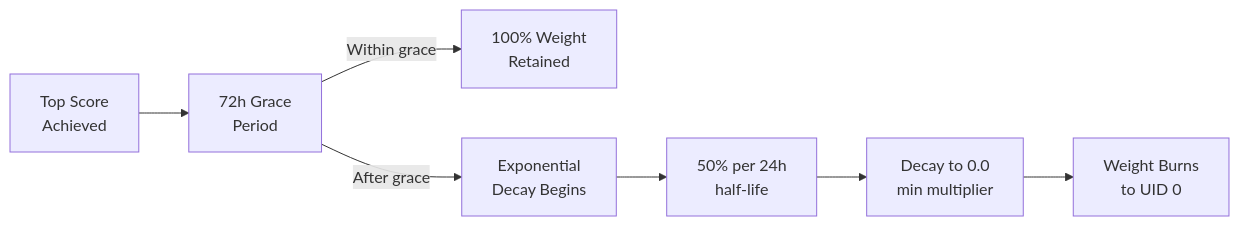
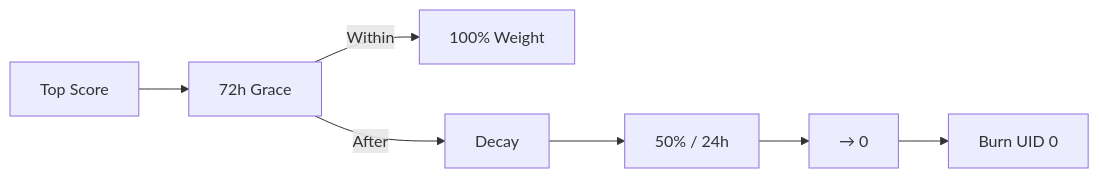
One commit to PlatformNetwork/roadmap changed the fifth of 13 diagrams in README.md. Above: the diagram before and after it, drawn with Mermaid. The commit also changed other lines of this file, not shown here.

Commit message:
style: simplify mermaid labels, move Data Fabrication to Q2

````diff
--- a/README.md
+++ b/README.md
@@ -166,9 +160,9 @@
 ```mermaid
 flowchart LR
-    Top["Top Score\nAchieved"] --> Grace["72h Grace\nPeriod"]
-    Grace -->|Within grace| Full["100% Weight\nRetained"]
-    Grace -->|After grace| Decay["Exponential\nDecay Begins"]
-    Decay --> Half["50% per 24h\nhalf-life"]
-    Half --> Min["Decay to 0.0\nmin multiplier"]
-    Min --> Burn["Weight Burns\nto UID 0"]
+    Top["Top Score"] --> Grace["72h Grace"]
+    Grace -->|Within| Full["100% Weight"]
+    Grace -->|After| Decay["Decay"]
+    Decay --> Half["50% / 24h"]
+    Half --> Zero["→ 0"]
+    Zero --> Burn["Burn UID 0"]
 ```
````
